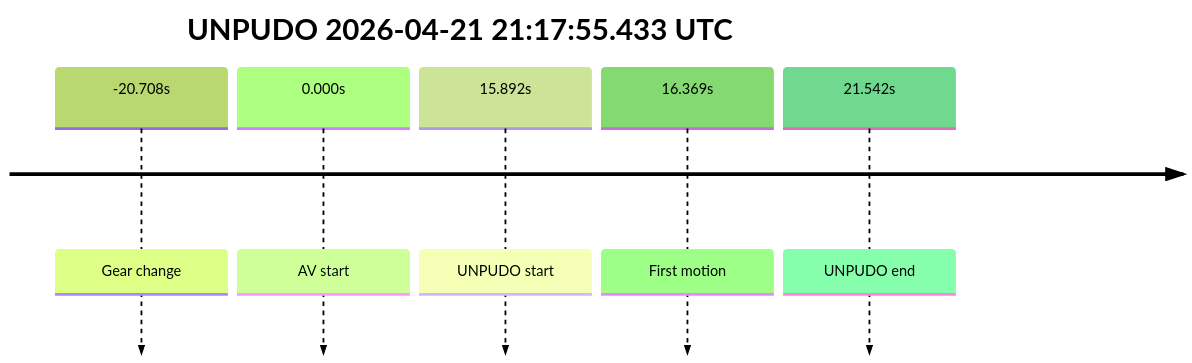
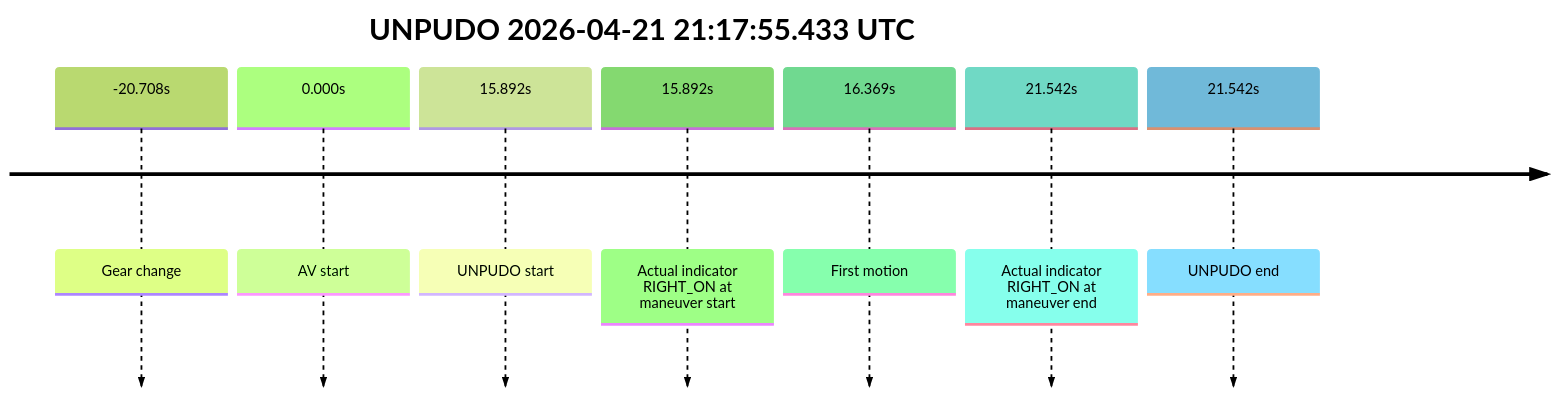
Before and after one commit to yoelshapiro/vault: the third of 5 diagrams in model_analysis/report_cards/2026/04/Week-4/fme20009--2026-04-21--20-53-31--gen2-av-c485ff0d-599e-495f-bee7-17c4a854ab52.md, drawn with Mermaid (forest theme). The commit also changed other lines of this file and 4 other files, not shown here.

````diff
--- a/model_analysis/report_cards/2026/04/Week-4/fme20009--2026-04-21--20-53-31--gen2-av-c485ff0d-599e-495f-bee7-17c4a854ab52.md
+++ b/model_analysis/report_cards/2026/04/Week-4/fme20009--2026-04-21--20-53-31--gen2-av-c485ff0d-599e-495f-bee7-17c4a854ab52.md
@@ -151,9 +185,11 @@
 ```mermaid
 timeline
     title UNPUDO 2026-04-21 21:17:55.433 UTC
     -20.708s : Gear change
     0.000s : AV start
     15.892s : UNPUDO start
+    15.892s : Actual indicator RIGHT_ON at maneuver start
     16.369s : First motion
+    21.542s : Actual indicator RIGHT_ON at maneuver end
     21.542s : UNPUDO end
 ```
````
